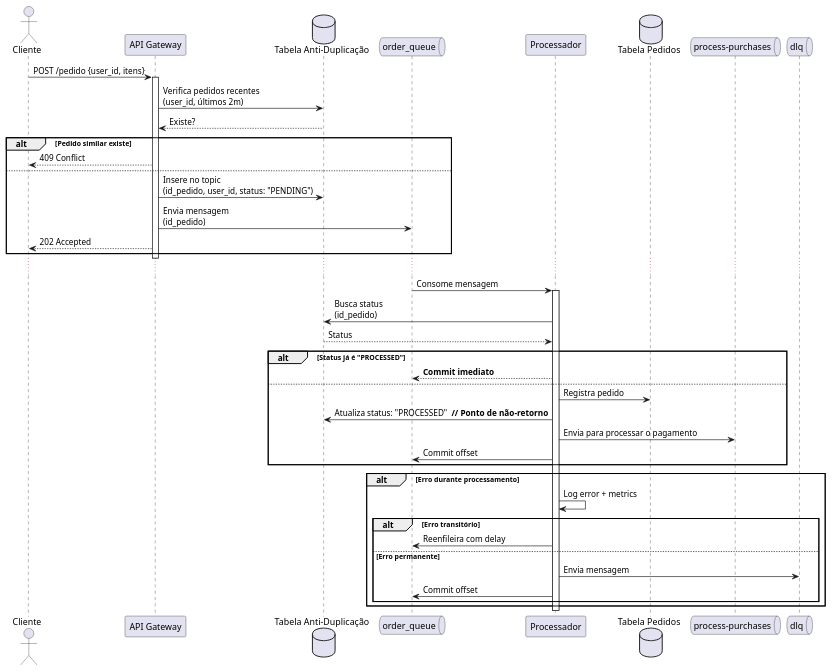
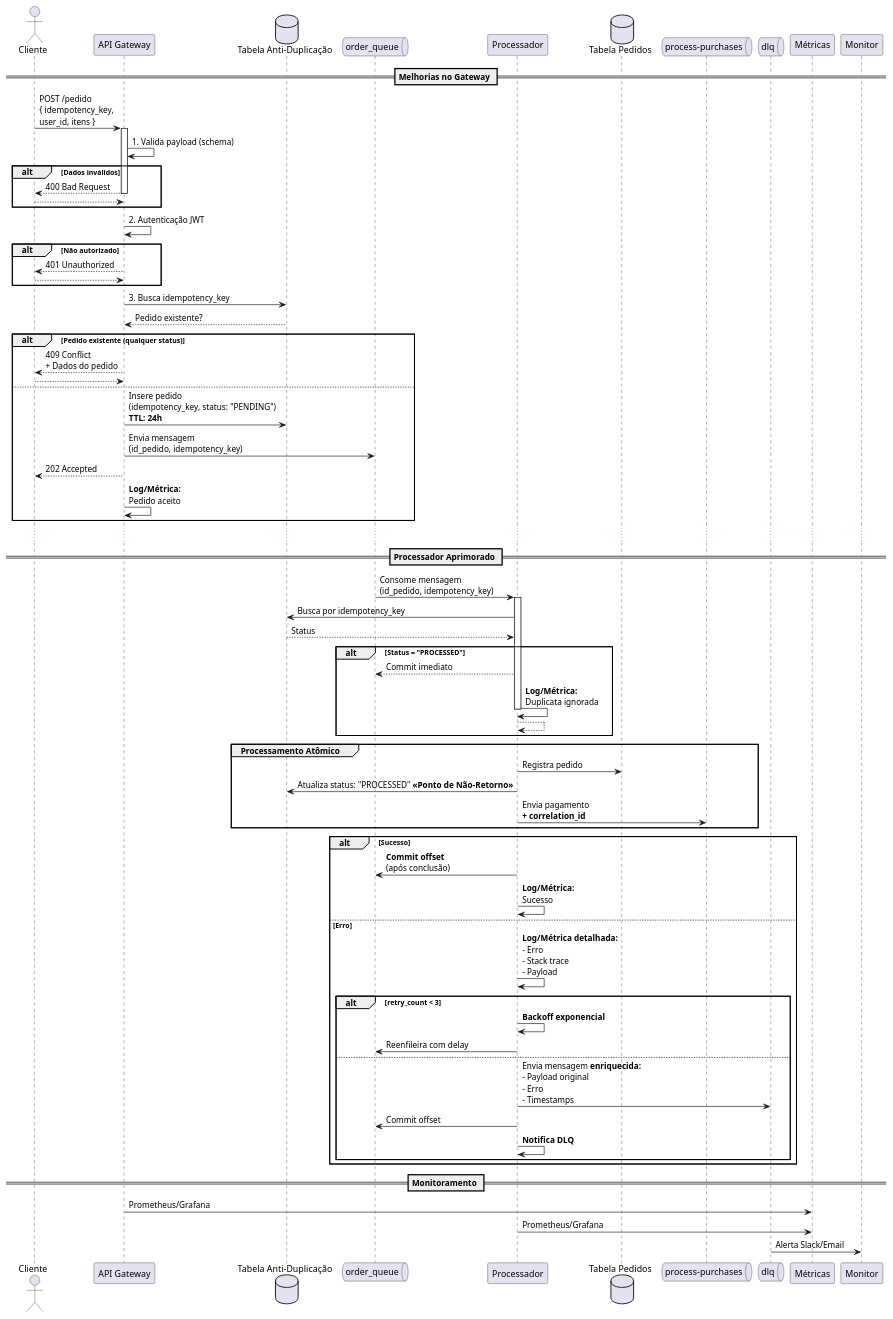
One commit to Thales-Eduardo/gateway-pagament changed the diagram in process-purchases/docs/uml.plantuml. Above: the diagram before and after it, drawn with PlantUML. The commit also changed 1 other file, not shown here.

Commit message:
add esboço de um uml.

```diff
--- a/process-purchases/docs/uml.plantuml
+++ b/process-purchases/docs/uml.plantuml
@@ -1,56 +1,93 @@
-@startuml enhanced_process_purchases_flow
+@startuml enhanced_process_purchases_flow_v2
 
 actor Cliente
 participant "API Gateway" as Gateway
 database "Tabela Anti-Duplicação" as AntiDup
 queue "order_queue" as OrderQueue
 participant "Processador" as Processor
 database "Tabela Pedidos" as Orders
 queue "process-purchases" as ProcessPurchases
 queue "dlq" as DLQ
 
-Cliente -> Gateway: POST /pedido {user_id, itens}
+== Melhorias no Gateway ==
+
+Cliente -> Gateway: POST /pedido\n{ idempotency_key,\nuser_id, itens }
 activate Gateway
 
-Gateway -> AntiDup: Verifica pedidos recentes\n(user_id, últimos 2m)
-AntiDup --> Gateway: Existe? 
+Gateway -> Gateway: 1. Valida payload (schema)
+alt Dados inválidos
+    Gateway --> Cliente: 400 Bad Request
+    deactivate Gateway
+    return
+end
 
-alt Pedido similar existe
-    Gateway --> Cliente: 409 Conflict
+Gateway -> Gateway: 2. Autenticação JWT
+alt Não autorizado
+    Gateway --> Cliente: 401 Unauthorized
+    deactivate Gateway
+    return
+end
+
+Gateway -> AntiDup: 3. Busca idempotency_key
+AntiDup --> Gateway: Pedido existente?
+
+alt Pedido existente (qualquer status)
+    Gateway --> Cliente: 409 Conflict\n+ Dados do pedido
+    deactivate Gateway
+    return
 else 
-    Gateway -> AntiDup: Insere no topic\n(id_pedido, user_id, status: "PENDING")
-    Gateway -> OrderQueue: Envia mensagem\n(id_pedido)
+    Gateway -> AntiDup: Insere pedido\n(idempotency_key, status: "PENDING")\n**TTL: 24h**
+    Gateway -> OrderQueue: Envia mensagem\n(id_pedido, idempotency_key)
     Gateway --> Cliente: 202 Accepted
+    Gateway -> Gateway: **Log/Métrica:**\nPedido aceito
 end
 
 deactivate Gateway
 
 ...
 
-OrderQueue -> Processor: Consome mensagem
+== Processador Aprimorado ==
+
+OrderQueue -> Processor: Consome mensagem\n(id_pedido, idempotency_key)
 activate Processor
 
-Processor -> AntiDup: Busca status\n(id_pedido)
+Processor -> AntiDup: Busca por idempotency_key
 AntiDup --> Processor: Status
 
-alt Status já é "PROCESSED"
-    Processor --> OrderQueue: **Commit imediato**
-else
-    Processor -> Orders: Registra pedido
-    Processor -> AntiDup: Atualiza status: "PROCESSED"  **// Ponto de não-retorno**
-    Processor -> ProcessPurchases: Envia para processar o pagamento
-    Processor -> OrderQueue: Commit offset
+alt Status = "PROCESSED"
+    Processor --> OrderQueue: Commit imediato
+    Processor -> Processor: **Log/Métrica:**\nDuplicata ignorada
+    deactivate Processor
+    return
 end
 
-alt Erro durante processamento
-    Processor -> Processor: Log error + metrics
-    alt Erro transitório
+group Processamento Atômico
+    Processor -> Orders: Registra pedido
+    Processor -> AntiDup: Atualiza status: "PROCESSED" **<<Ponto de Não-Retorno>>**
+    Processor -> ProcessPurchases: Envia pagamento\n**+ correlation_id**
+end
+
+alt Sucesso
+    Processor -> OrderQueue: **Commit offset**\n(após conclusão)
+    Processor -> Processor: **Log/Métrica:**\nSucesso
+else Erro
+    Processor -> Processor: **Log/Métrica detalhada:**\n- Erro\n- Stack trace\n- Payload
+    alt retry_count < 3
+        Processor -> Processor: **Backoff exponencial**
         Processor -> OrderQueue: Reenfileira com delay
-    else Erro permanente
-        Processor -> DLQ: Envia mensagem
+    else
+        Processor -> DLQ: Envia mensagem **enriquecida:**\n- Payload original\n- Erro\n- Timestamps
         Processor -> OrderQueue: Commit offset
+        Processor -> Processor: **Notifica DLQ**
     end
 end
 
 deactivate Processor
+
+== Monitoramento ==
+
+Gateway -> Métricas: Prometheus/Grafana
+Processor -> Métricas: Prometheus/Grafana
+DLQ -> Monitor: Alerta Slack/Email
+
 @enduml
```
